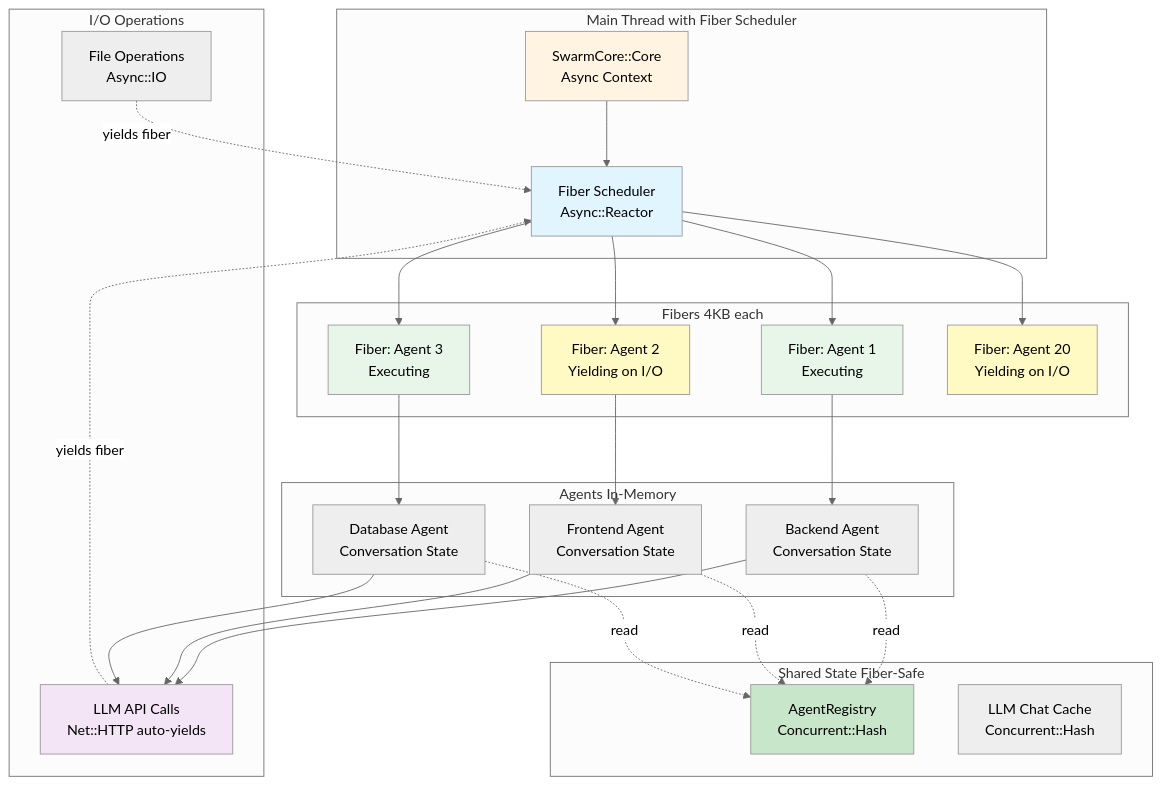
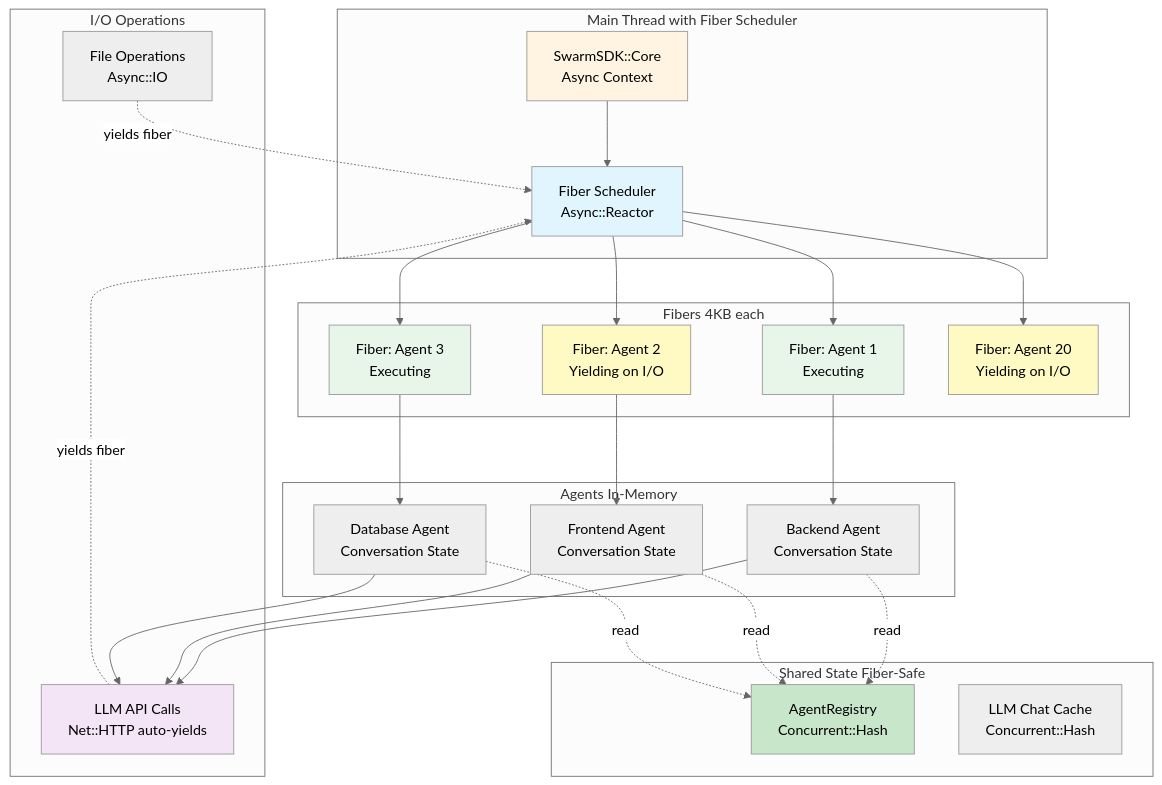
Before and after one commit to parruda/claude-swarm: the eighth of 9 diagrams in docs/swarm_core_architecture.md, drawn with Mermaid (neutral theme). The commit also changed other lines of this file and 23 other files, not shown here.

Commit message:
Rename SwarmCore to SwarmSDK

````diff
--- a/docs/swarm_core_architecture.md
+++ b/docs/swarm_core_architecture.md
@@ -1969,60 +1969,60 @@
 ```mermaid
 graph TB
     subgraph "Main Thread with Fiber Scheduler"
-        Core[SwarmCore::Core<br/>Async Context]
+        Core[SwarmSDK::Core<br/>Async Context]
         Scheduler[Fiber Scheduler<br/>Async::Reactor]
     end
 
     subgraph "Fibers 4KB each"
         Fiber1[Fiber: Agent 1<br/>Executing]
         Fiber2[Fiber: Agent 2<br/>Yielding on I/O]
         Fiber3[Fiber: Agent 3<br/>Executing]
         Fiber20[Fiber: Agent 20<br/>Yielding on I/O]
     end
 
     subgraph "Agents In-Memory"
         Agent1[Backend Agent<br/>Conversation State]
         Agent2[Frontend Agent<br/>Conversation State]
         Agent3[Database Agent<br/>Conversation State]
     end
 
     subgraph "Shared State Fiber-Safe"
         Registry[AgentRegistry<br/>Concurrent::Hash]
         LLMCache[LLM Chat Cache<br/>Concurrent::Hash]
     end
 
     subgraph "I/O Operations"
         LLM_API[LLM API Calls<br/>Net::HTTP auto-yields]
         FileIO[File Operations<br/>Async::IO]
     end
 
     Core --> Scheduler
     Scheduler --> Fiber1
     Scheduler --> Fiber2
     Scheduler --> Fiber3
     Scheduler --> Fiber20
 
     Fiber1 --> Agent1
     Fiber2 --> Agent2
     Fiber3 --> Agent3
 
     Agent1 --> LLM_API
     Agent2 --> LLM_API
     Agent3 --> LLM_API
 
     LLM_API -.->|yields fiber| Scheduler
     FileIO -.->|yields fiber| Scheduler
 
     Agent1 -.->|read| Registry
     Agent2 -.->|read| Registry
     Agent3 -.->|read| Registry
 
     style Core fill:#fff4e1
     style Scheduler fill:#e1f5ff
     style Fiber1 fill:#e8f5e9
     style Fiber2 fill:#fff9c4
     style Fiber3 fill:#e8f5e9
     style Fiber20 fill:#fff9c4
     style LLM_API fill:#f3e5f5
     style Registry fill:#c8e6c9
 ```
````
